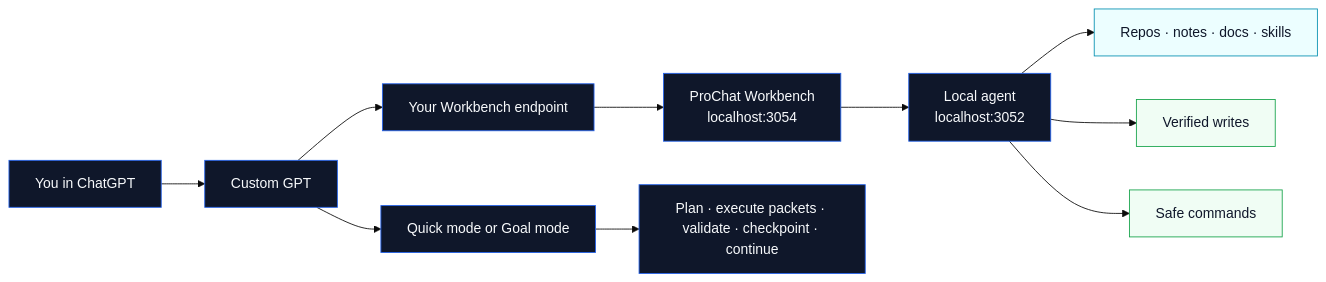
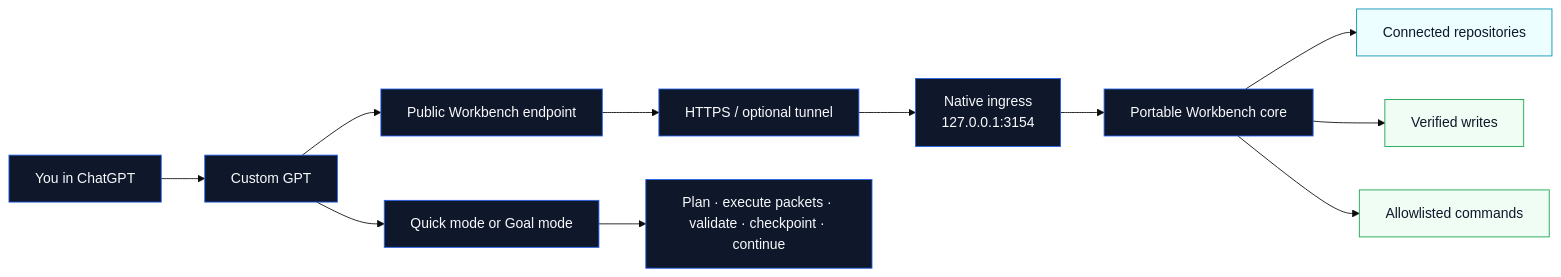
One commit to stevewesthoek/buildflow changed the first of 2 diagrams in README.md. Above: the diagram before and after it, drawn with Mermaid (base theme). The commit also changed other lines of this file and 166 other files, not shown here.

````diff
--- a/README.md
+++ b/README.md
@@ -27,20 +27,21 @@
 ```mermaid
 flowchart LR
   You["You in ChatGPT"] --> GPT["Custom GPT"]
-  GPT --> Endpoint["Your Workbench endpoint"]
-  Endpoint --> Web["ProChat Workbench<br/>localhost:3054"]
-  Web --> Agent["Local agent<br/>localhost:3052"]
-  Agent --> Sources["Repos · notes · docs · skills"]
-  Agent --> Writes["Verified writes"]
-  Agent --> Commands["Safe commands"]
+  GPT --> Endpoint["Public Workbench endpoint"]
+  Endpoint --> Tunnel["HTTPS / optional tunnel"]
+  Tunnel --> Ingress["Native ingress<br/>127.0.0.1:3154"]
+  Ingress --> Core["Portable Workbench core"]
+  Core --> Sources["Connected repositories"]
+  Core --> Writes["Verified writes"]
+  Core --> Commands["Allowlisted commands"]
   GPT --> Assistant["Quick mode or Goal mode"]
   Assistant --> Flow["Plan · execute packets · validate · checkpoint · continue"]
 
   classDef dark fill:#0f172a,stroke:#2563eb,color:#f8fafc;
   classDef local fill:#ecfeff,stroke:#0891b2,color:#0f172a;
   classDef safe fill:#f0fdf4,stroke:#16a34a,color:#0f172a;
 
-  class You,GPT,Endpoint,Web,Agent,Assistant,Flow dark;
+  class You,GPT,Endpoint,Tunnel,Ingress,Core,Assistant,Flow dark;
   class Sources local;
   class Writes,Commands safe;
 ```
````
